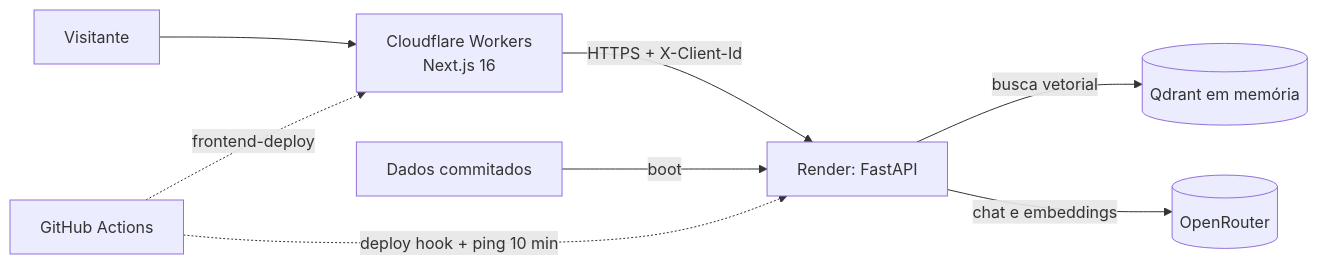
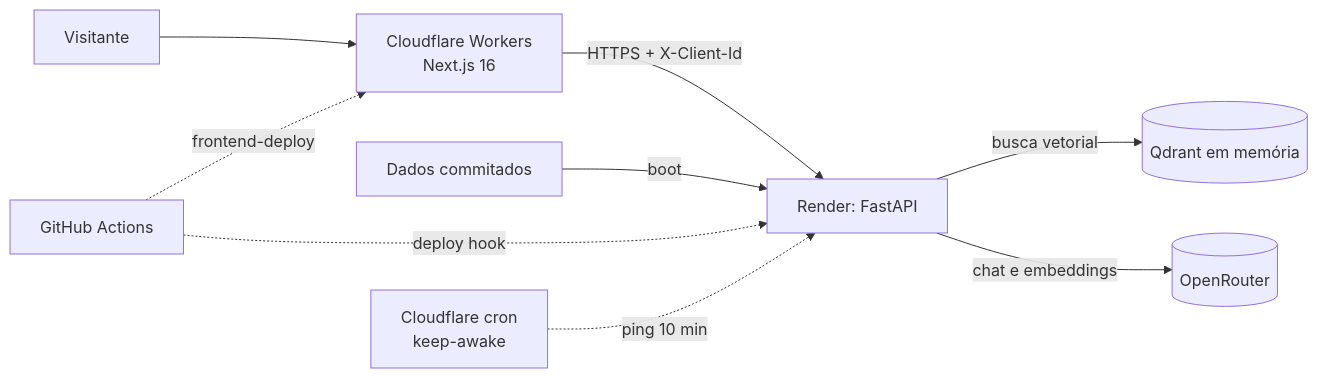
The first of 3 diagrams in docs/architecture.md (johnlaff/incident-sense), drawn with Mermaid before and after one commit. The commit also changed other lines of this file and 12 other files, not shown here.

First line of the commit message:
fix: ping da API por cron da Cloudflare a cada 10 minutos

````diff
--- a/docs/architecture.md
+++ b/docs/architecture.md
@@ -30,10 +30,11 @@
 ```mermaid
 flowchart LR
     V[Visitante] --> W[Cloudflare Workers<br/>Next.js 16]
     W -- "HTTPS + X-Client-Id" --> API[Render: FastAPI]
     API -- "busca vetorial" --> Q[(Qdrant em memória)]
     API -- "chat e embeddings" --> OR[(OpenRouter)]
     D[Dados commitados] -- "boot" --> API
     GH[GitHub Actions] -. "frontend-deploy" .-> W
-    GH -. "deploy hook + ping 10 min" .-> API
+    GH -. "deploy hook" .-> API
+    K[Cloudflare cron<br/>keep-awake] -. "ping 10 min" .-> API
 ```
````
